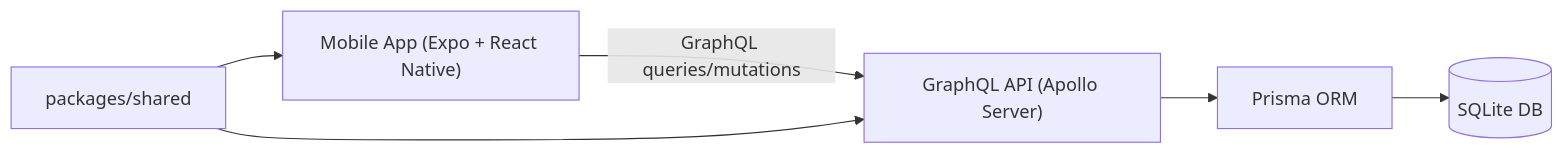
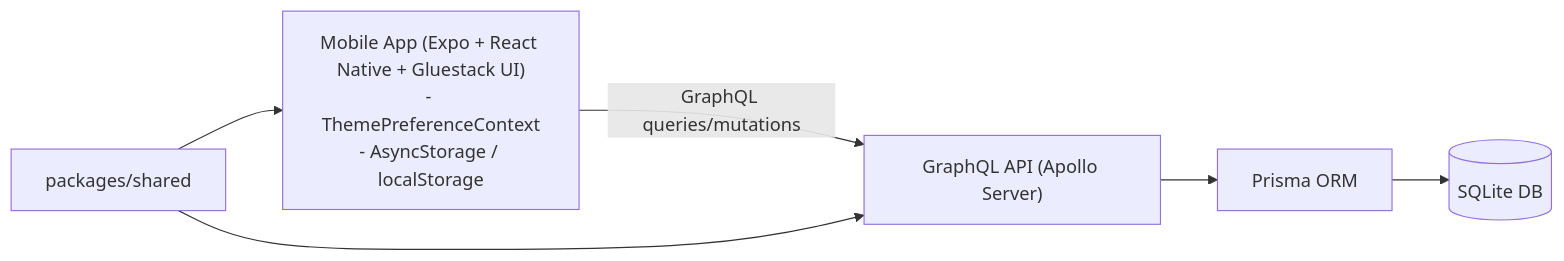
One commit to rm-jordan/rolltrack changed the first of 5 diagrams in README.md. Above: the diagram before and after it, drawn with Mermaid. The commit also changed other lines of this file, not shown here.

````diff
--- a/README.md
+++ b/README.md
@@ -69,8 +69,8 @@
 ```mermaid
 flowchart LR
-  Mobile["Mobile App (Expo + React Native)"] -->|GraphQL queries/mutations| API["GraphQL API (Apollo Server)"]
+  Mobile["Mobile App (Expo + React Native + Gluestack UI)\n- ThemePreferenceContext\n- AsyncStorage / localStorage"] -->|GraphQL queries/mutations| API["GraphQL API (Apollo Server)"]
   API --> Prisma["Prisma ORM"]
   Prisma --> DB[("SQLite DB")]
   Shared["packages/shared"] --> Mobile
   Shared --> API
 ```
````
